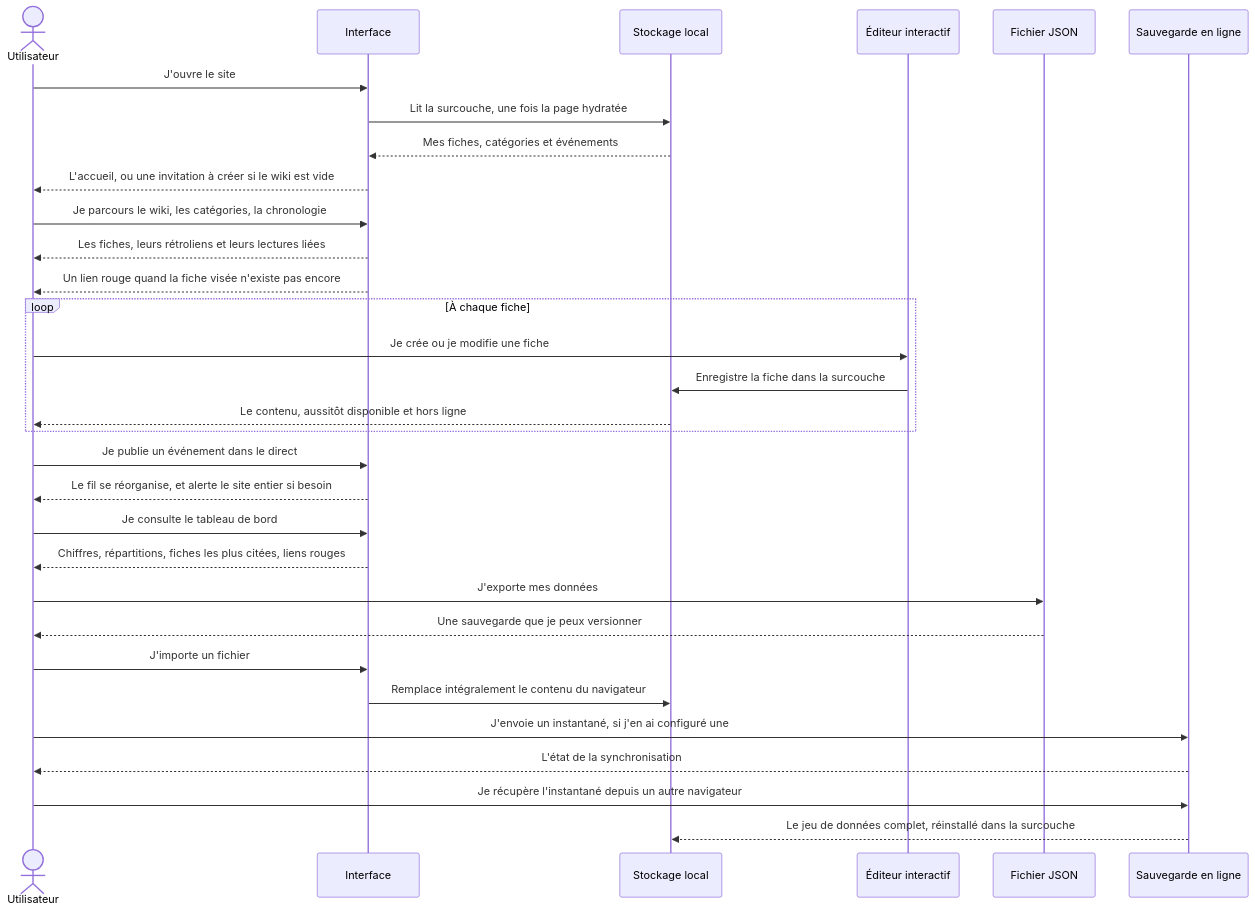
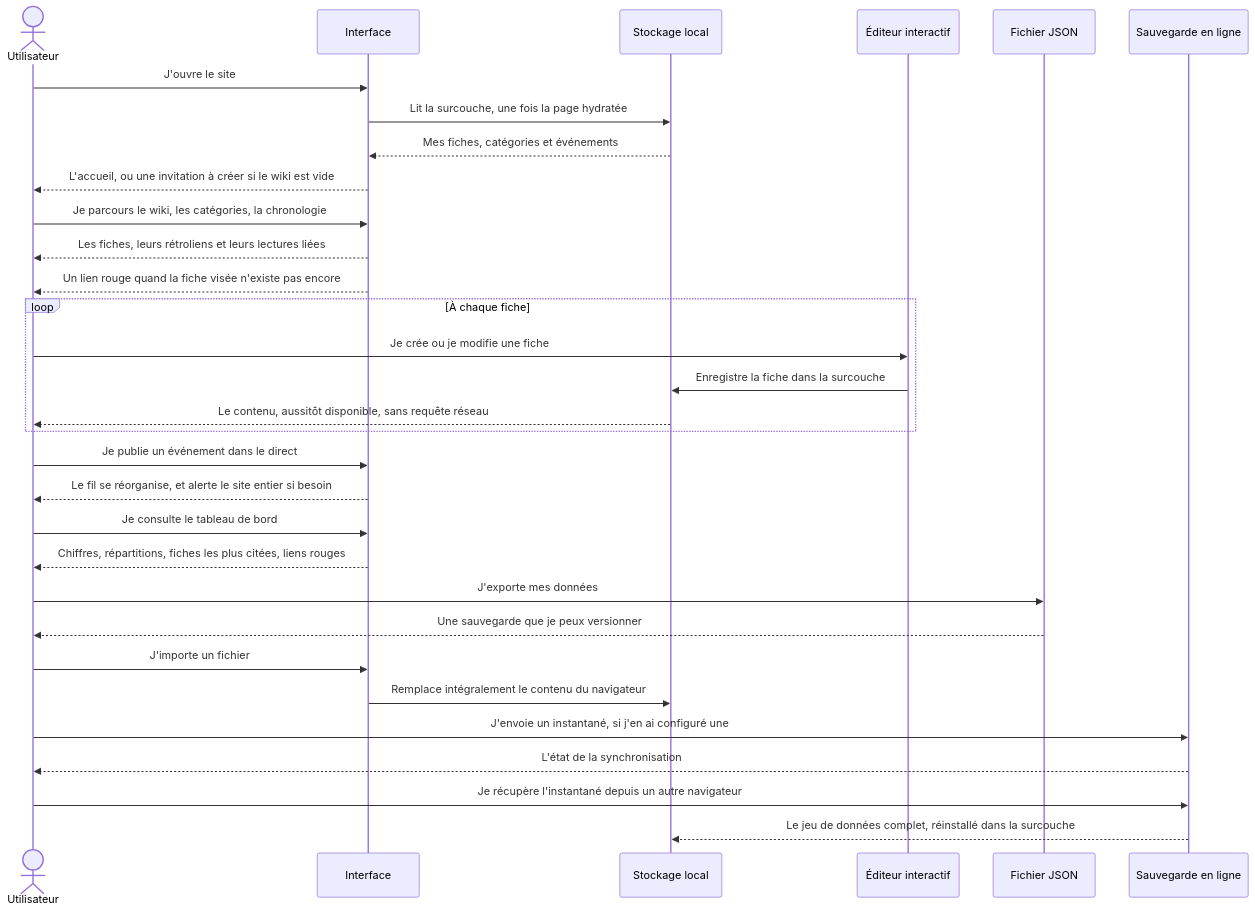
Before and after one commit to FlorianLeChat/Pericles-Initiative: the first of 2 diagrams in README.md, drawn with Mermaid. The commit also changed other lines of this file and 12 other files, not shown here.

````diff
--- a/README.md
+++ b/README.md
@@ -37,40 +37,40 @@
 ```mermaid
 sequenceDiagram
     actor Utilisateur
     participant Interface
     participant Stockage local
     participant Éditeur interactif
     participant Fichier JSON
     participant Sauvegarde en ligne
 
     Utilisateur->>Interface: J'ouvre le site
     Interface->>Stockage local: Lit la surcouche, une fois la page hydratée
     Stockage local-->>Interface: Mes fiches, catégories et événements
     Interface-->>Utilisateur: L'accueil, ou une invitation à créer si le wiki est vide
 
     Utilisateur->>Interface: Je parcours le wiki, les catégories, la chronologie
     Interface-->>Utilisateur: Les fiches, leurs rétroliens et leurs lectures liées
     Interface-->>Utilisateur: Un lien rouge quand la fiche visée n'existe pas encore
 
     loop À chaque fiche
         Utilisateur->>Éditeur interactif: Je crée ou je modifie une fiche
         Éditeur interactif->>Stockage local: Enregistre la fiche dans la surcouche
-        Stockage local-->>Utilisateur: Le contenu, aussitôt disponible et hors ligne
+        Stockage local-->>Utilisateur: Le contenu, aussitôt disponible, sans requête réseau
     end
 
     Utilisateur->>Interface: Je publie un événement dans le direct
     Interface-->>Utilisateur: Le fil se réorganise, et alerte le site entier si besoin
 
     Utilisateur->>Interface: Je consulte le tableau de bord
     Interface-->>Utilisateur: Chiffres, répartitions, fiches les plus citées, liens rouges
 
     Utilisateur->>Fichier JSON: J'exporte mes données
     Fichier JSON-->>Utilisateur: Une sauvegarde que je peux versionner
     Utilisateur->>Interface: J'importe un fichier
     Interface->>Stockage local: Remplace intégralement le contenu du navigateur
 
     Utilisateur->>Sauvegarde en ligne: J'envoie un instantané, si j'en ai configuré une
     Sauvegarde en ligne-->>Utilisateur: L'état de la synchronisation
     Utilisateur->>Sauvegarde en ligne: Je récupère l'instantané depuis un autre navigateur
     Sauvegarde en ligne-->>Stockage local: Le jeu de données complet, réinstallé dans la surcouche
 ```
````
